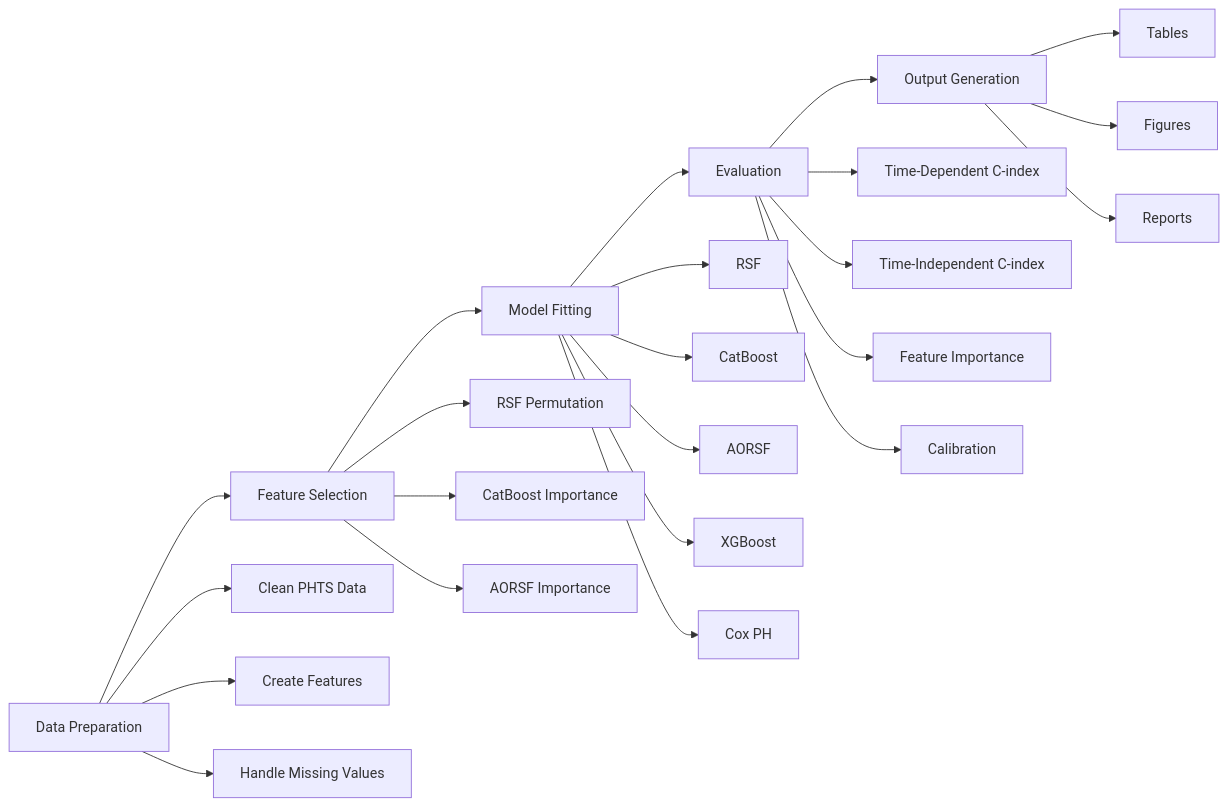
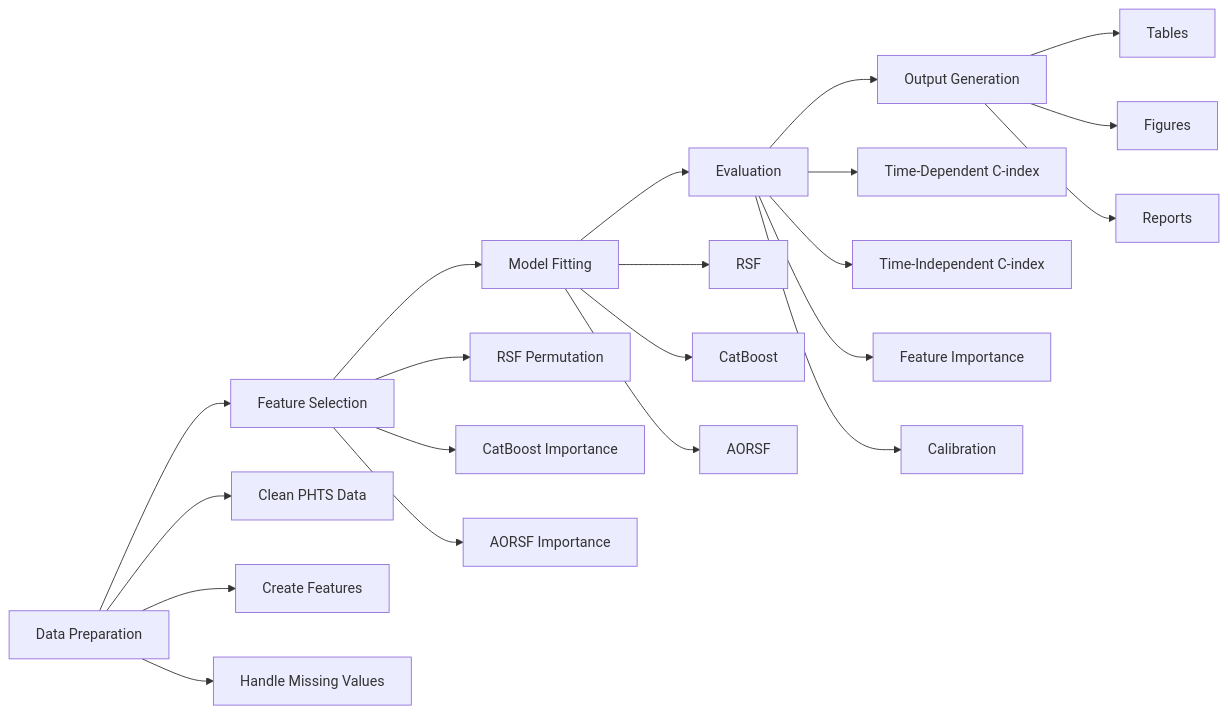
Before and after one commit to Jerome3590/phts: the second of 2 diagrams in README.md, drawn with Mermaid. The commit also changed other lines of this file, not shown here.

Commit message:
Remove XGBoost and Cox from documentation

````diff
--- a/README.md
+++ b/README.md
@@ -38,30 +38,28 @@
 ```mermaid
 graph LR
     A[Data Preparation] --> B[Feature Selection]
     B --> C[Model Fitting]
     C --> D[Evaluation]
     D --> E[Output Generation]
     
     A --> A1[Clean PHTS Data]
     A --> A2[Create Features]
     A --> A3[Handle Missing Values]
     
     B --> B1[RSF Permutation]
     B --> B2[CatBoost Importance]
     B --> B3[AORSF Importance]
     
     C --> C1[RSF]
     C --> C2[CatBoost]
     C --> C3[AORSF]
-    C --> C4[XGBoost]
-    C --> C5[Cox PH]
     
     D --> D1[Time-Dependent C-index]
     D --> D2[Time-Independent C-index]
     D --> D3[Feature Importance]
     D --> D4[Calibration]
     
     E --> E1[Tables]
     E --> E2[Figures]
     E --> E3[Reports]
 ```
````
